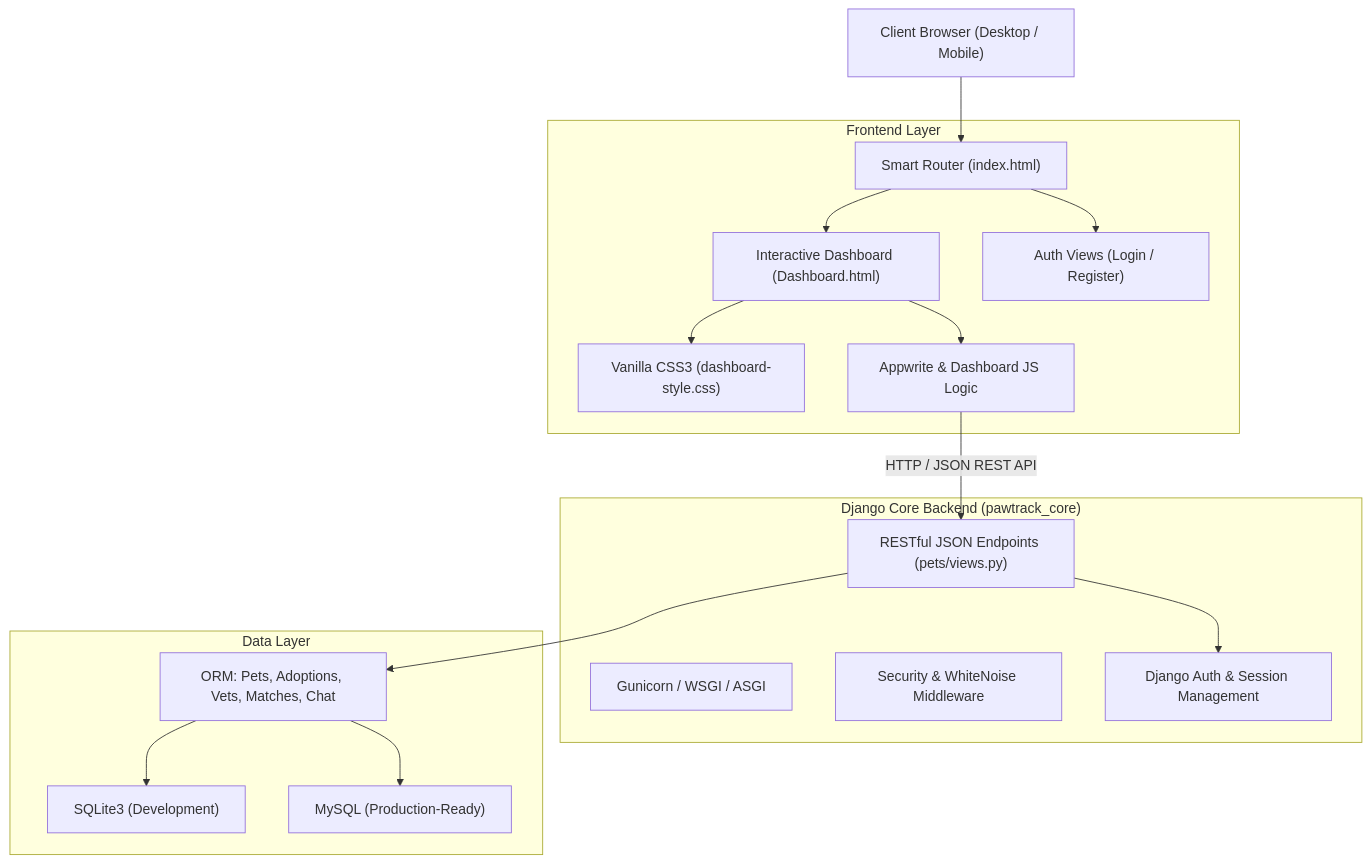
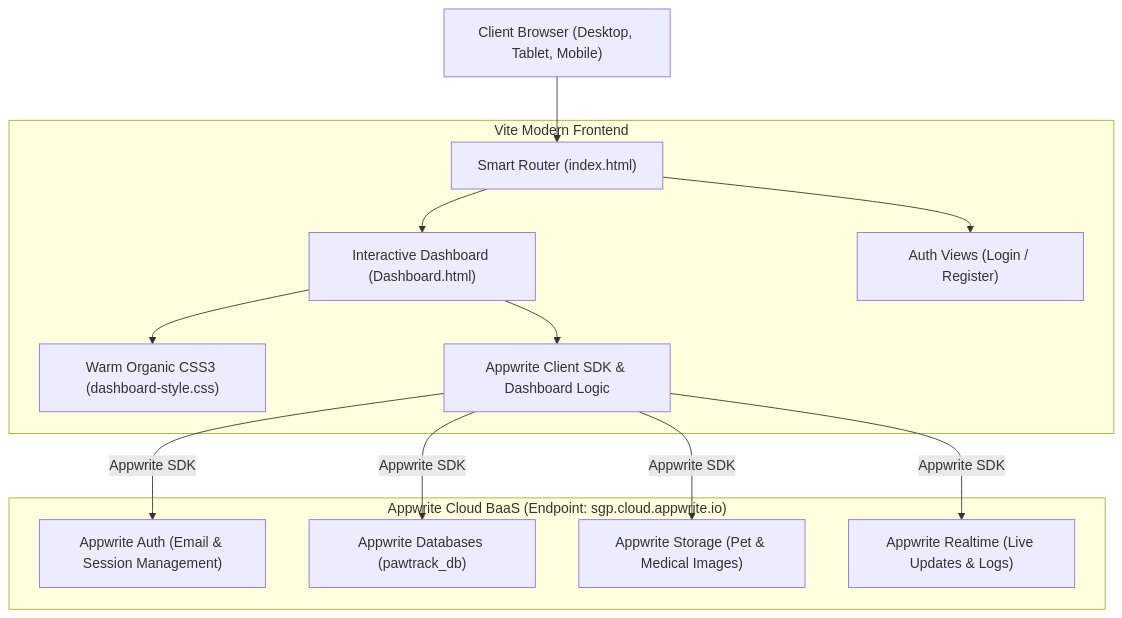
One commit to REP-Julian/Pawtrack-app changed the diagram in README.md. Above: the diagram before and after it, drawn with Mermaid. The commit also changed other lines of this file and 55 other files, not shown here.

Commit message:
refactor: restructure project files into frontend and distribution directories while removing backend files

````diff
--- a/README.md
+++ b/README.md
@@ -62,36 +44,29 @@
 ```mermaid
 graph TD
-    Client["Client Browser (Desktop / Mobile)"]
-    
-    subgraph Frontend["Frontend Layer"]
+    Client["Client Browser (Desktop, Tablet, Mobile)"]
+
+    subgraph Frontend["Vite Modern Frontend"]
         Router["Smart Router (index.html)"]
         Dash["Interactive Dashboard (Dashboard.html)"]
         AuthUI["Auth Views (Login / Register)"]
-        Style["Vanilla CSS3 (dashboard-style.css)"]
-        Script["Appwrite & Dashboard JS Logic"]
+        Style["Warm Organic CSS3 (dashboard-style.css)"]
+        CoreJS["Appwrite Client SDK & Dashboard Logic"]
     end
 
-    subgraph Backend["Django Core Backend (pawtrack_core)"]
-        WSGI["Gunicorn / WSGI / ASGI"]
-        Middleware["Security & WhiteNoise Middleware"]
-        Auth["Django Auth & Session Management"]
-        APIs["RESTful JSON Endpoints (pets/views.py)"]
-    end
-
-    subgraph Database["Data Layer"]
-        SQLite["SQLite3 (Development)"]
-        MySQL["MySQL (Production-Ready)"]
-        Models["ORM: Pets, Adoptions, Vets, Matches, Chat"]
+    subgraph Appwrite["Appwrite Cloud BaaS (Endpoint: sgp.cloud.appwrite.io)"]
+        Auth["Appwrite Auth (Email & Session Management)"]
+        DB["Appwrite Databases (pawtrack_db)"]
+        Storage["Appwrite Storage (Pet & Medical Images)"]
+        Realtime["Appwrite Realtime (Live Updates & Logs)"]
     end
 
     Client --> Router
     Router --> Dash
     Router --> AuthUI
-    Dash --> Script
+    Dash --> CoreJS
     Dash --> Style
-    Script -->|HTTP / JSON REST API| APIs
-    APIs --> Auth
-    APIs --> Models
-    Models --> SQLite
-    Models --> MySQL
+    CoreJS -->|Appwrite SDK| Auth
+    CoreJS -->|Appwrite SDK| DB
+    CoreJS -->|Appwrite SDK| Storage
+    CoreJS -->|Appwrite SDK| Realtime
 ```
````
